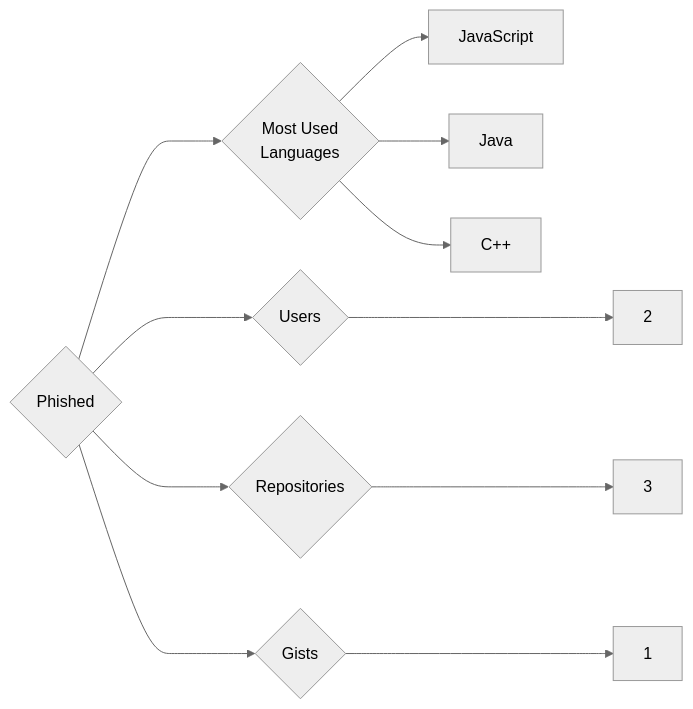
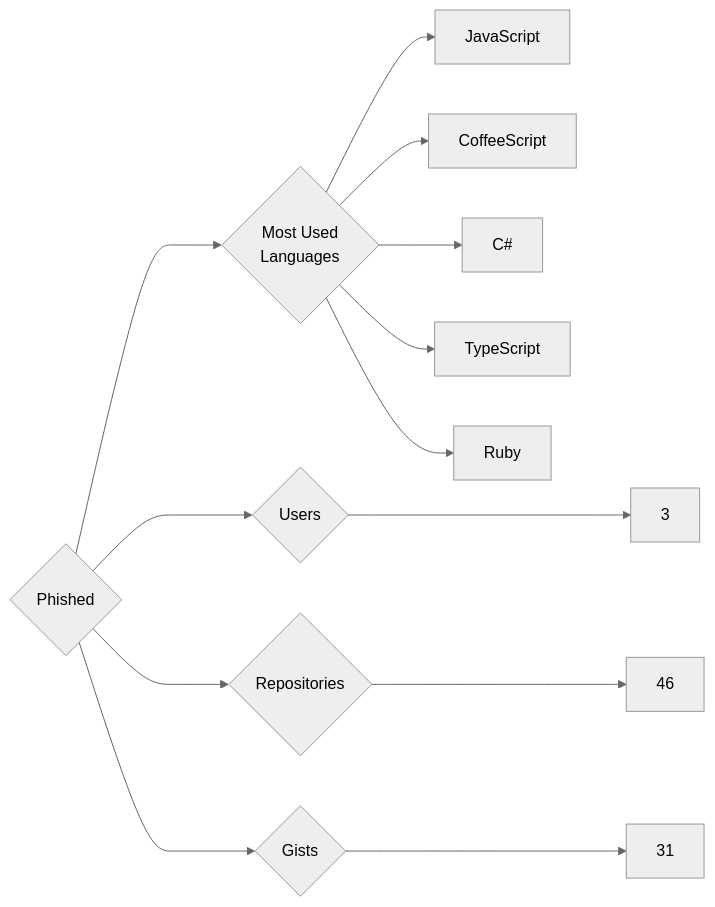
One commit to trickest/insiders changed the diagram in targets/Phished/README.md. Above: the diagram before and after it, drawn with Mermaid (neutral theme). The commit also changed 964 other files, not shown here.

````diff
--- a/targets/Phished/README.md
+++ b/targets/Phished/README.md
@@ -3,11 +3,13 @@
 ```mermaid
 graph LR
 COMPANY_NAME{Phished}
-COMPANY_NAME ---> U{Users} ---> UN[2]
-COMPANY_NAME ---> R{Repositories} ---> RN[3]
-COMPANY_NAME ---> G{Gists} ---> GN[1]
+COMPANY_NAME ---> U{Users} ---> UN[3]
+COMPANY_NAME ---> R{Repositories} ---> RN[46]
+COMPANY_NAME ---> G{Gists} ---> GN[31]
 COMPANY_NAME ---> ML{Most Used<br>Languages}
 ML --> JavaScript[JavaScript]
-ML --> Java[Java]
-ML --> C++[C++]
+ML --> CoffeeScript[CoffeeScript]
+ML --> C#[C#]
+ML --> TypeScript[TypeScript]
+ML --> Ruby[Ruby]
 ```
````
